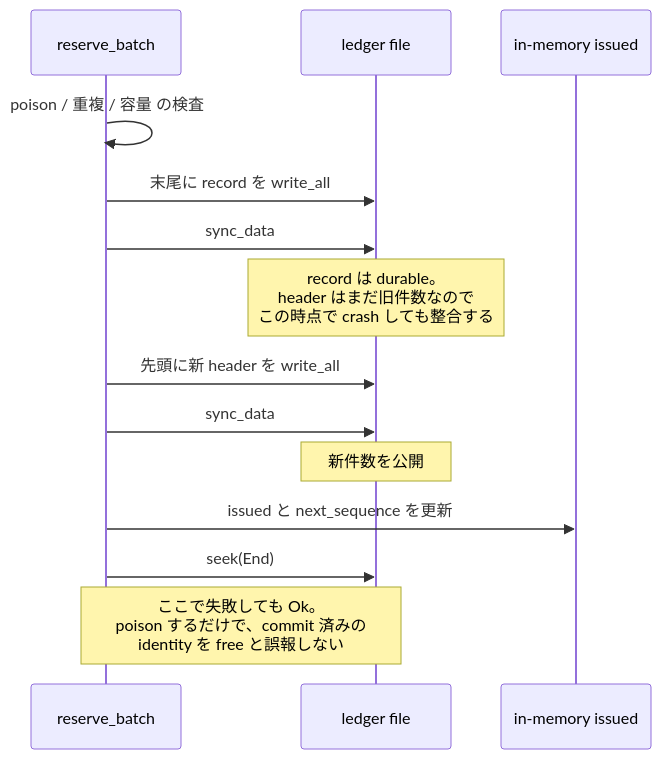
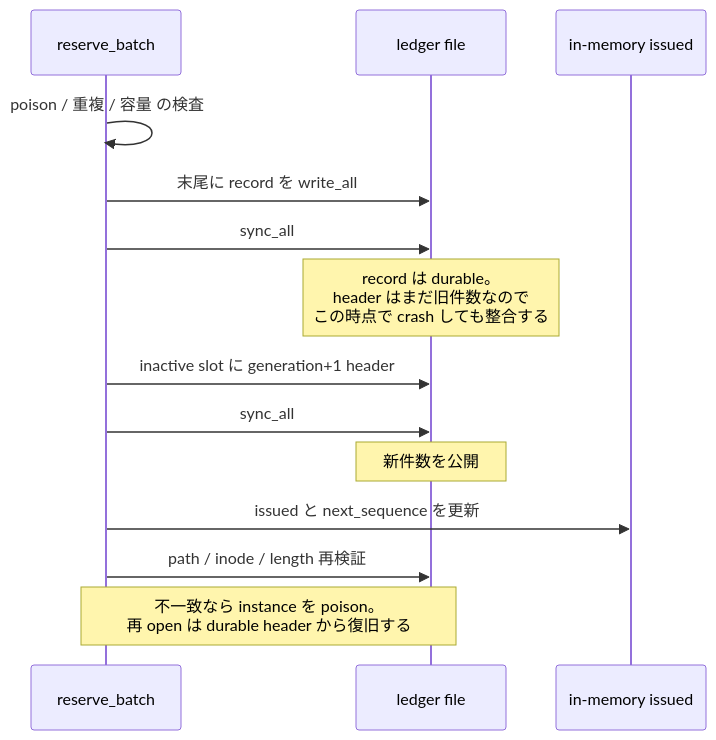
One commit to Aqua-218/SecCamp-AIAgent changed the diagram in docs/session-orchestrator/identity-ledger.md. Above: the diagram before and after it, drawn with Mermaid. The commit also changed other lines of this file, not shown here.

````diff
--- a/docs/session-orchestrator/identity-ledger.md
+++ b/docs/session-orchestrator/identity-ledger.md
@@ -81,17 +88,17 @@
 ```mermaid
 sequenceDiagram
     participant L as reserve_batch
     participant F as ledger file
     participant M as in-memory issued
 
     L->>L: poison / 重複 / 容量 の検査
     L->>F: 末尾に record を write_all
-    L->>F: sync_data
+    L->>F: sync_all
     Note over F: record は durable。<br/>header はまだ旧件数なので<br/>この時点で crash しても整合する
-    L->>F: 先頭に新 header を write_all
-    L->>F: sync_data
+    L->>F: inactive slot に generation+1 header
+    L->>F: sync_all
     Note over F: 新件数を公開
     L->>M: issued と next_sequence を更新
-    L->>F: seek(End)
-    Note over L,F: ここで失敗しても Ok。<br/>poison するだけで、commit 済みの<br/>identity を free と誤報しない
+    L->>F: path / inode / length 再検証
+    Note over L,F: 不一致なら instance を poison。<br/>再 open は durable header から復旧する
 ```
````
